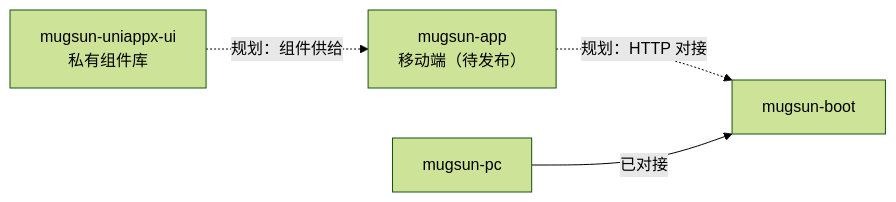
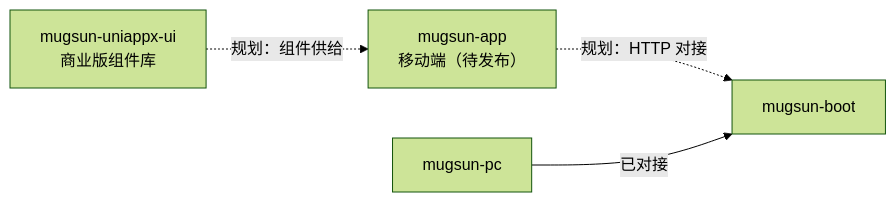
The diagram in README.md (mugsun/mugsun-app), drawn with Mermaid (forest theme) before and after one commit. The commit also changed other lines of this file and 1 other file, not shown here.

Commit message:
docs(readme): describe mugsun-uniappx-ui as commercial edition, drop private repo link (#2)

````diff
--- a/README.md
+++ b/README.md
@@ -40,10 +40,10 @@
 ```mermaid
 graph LR
   APP["mugsun-app<br/>移动端（待发布）"]
   BOOT["mugsun-boot"]
   PC["mugsun-pc"]
-  UI["mugsun-uniappx-ui<br/>私有组件库"]
+  UI["mugsun-uniappx-ui<br/>商业版组件库"]
   APP -.->|"规划：HTTP 对接"| BOOT
   PC -->|"已对接"| BOOT
   UI -.->|"规划：组件供给"| APP
 ```
````
